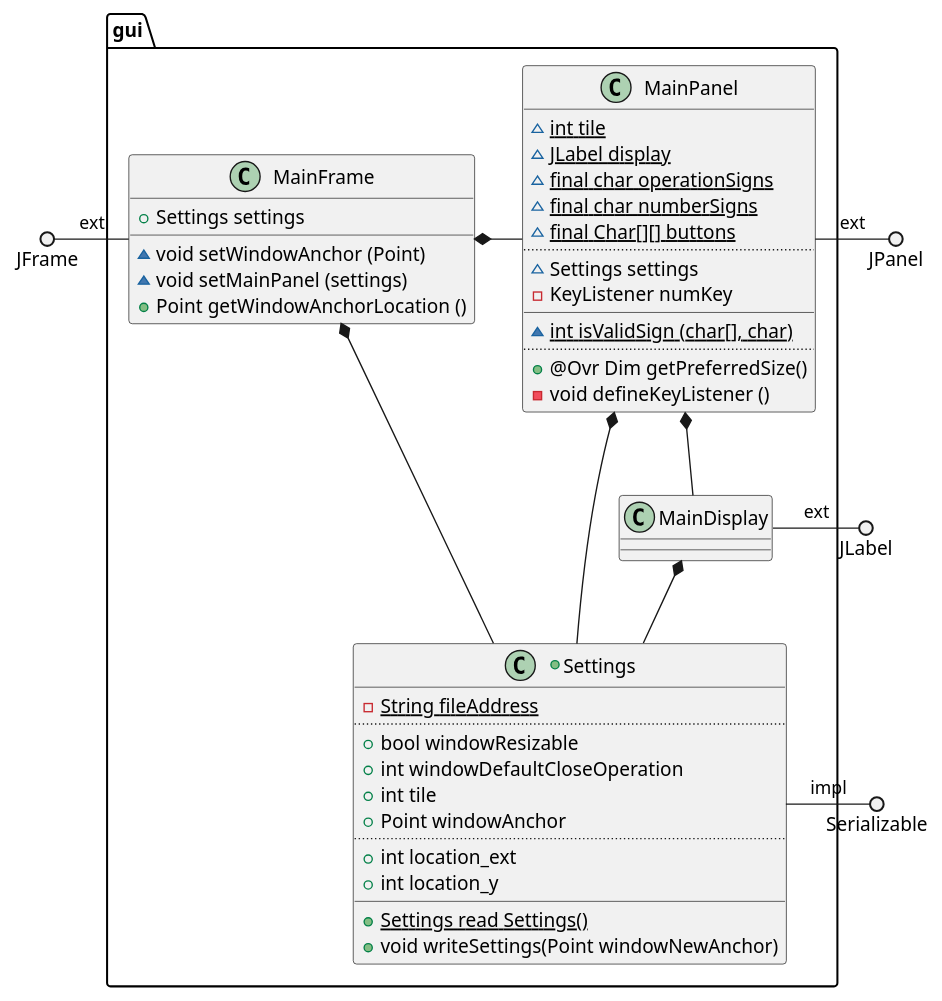
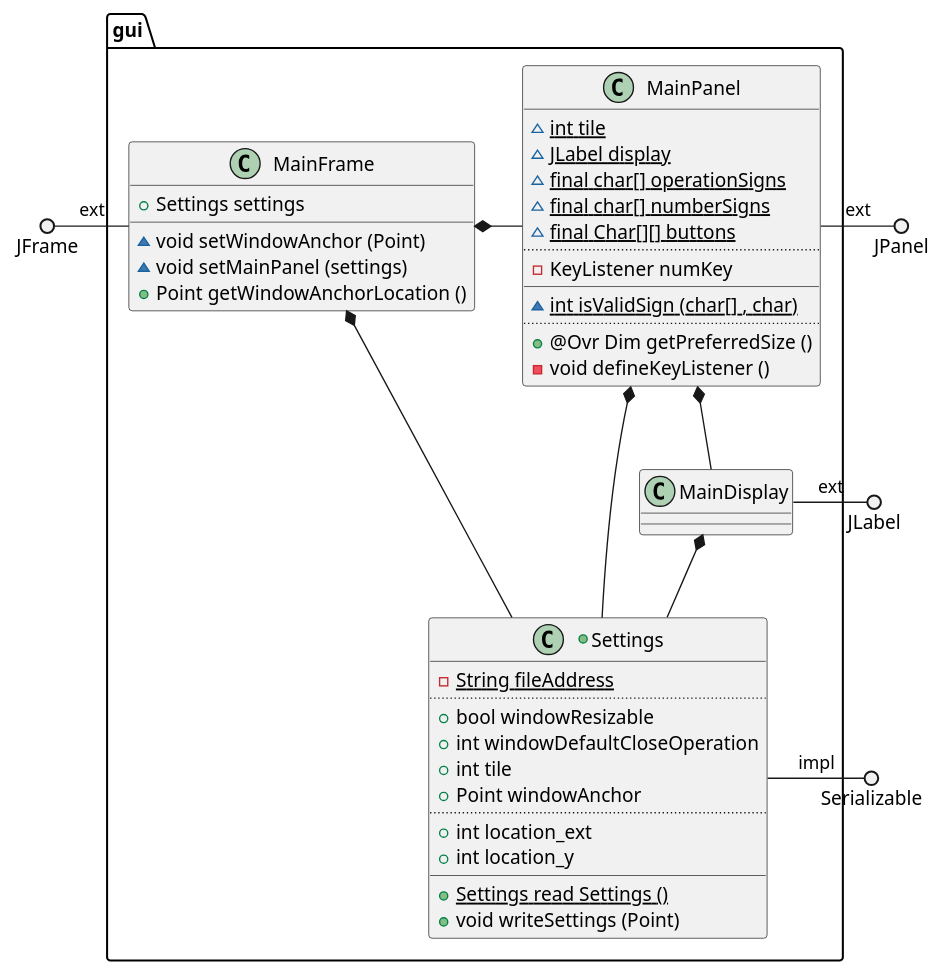
One commit to vitalispopoff/calculator changed the diagram in src/main/resources/package_gui_strcucture.puml. Above: the diagram before and after it, drawn with PlantUML. The commit also changed 23 other files, not shown here.

```diff
--- a/src/main/resources/package_gui_strcucture.puml
+++ b/src/main/resources/package_gui_strcucture.puml
@@ -1,58 +1,57 @@
 @startuml
 
 package gui{
 
     class MainFrame{
-            +{field}Settings settings
+            + {field} Settings settings
         __
-            ~{method} void setWindowAnchor (Point)
-            ~{method} void setMainPanel (settings)
-            +{method} Point getWindowAnchorLocation ()
+            ~ {method} void setWindowAnchor (Point)
+            ~ {method} void setMainPanel (settings)
+            + {method} Point getWindowAnchorLocation ()
     }
 
     class MainDisplay{
     }
 
     class MainPanel{
-            ~{field} {static} int tile
-            ~{field} {static} JLabel display
-            ~{field} {static} final char operationSigns
-            ~{field} {static} final char numberSigns
-            ~{field} {static} final Char[][] buttons
+            ~ {field} {static} int tile
+            ~ {field} {static} JLabel display
+            ~ {field} {static} final char[] operationSigns
+            ~ {field} {static} final char[] numberSigns
+            ~ {field} {static} final Char[][] buttons
         ..
-            ~{field}Settings settings
-            -{field}KeyListener numKey
+            - {field}KeyListener numKey
         __
-            ~{method} {static} int isValidSign (char[], char)
+            ~ {method} {static} int isValidSign (char[] , char)
         ..
-            +{method} @Ovr Dim getPreferredSize()
-            -{method} void defineKeyListener ()
+            + {method} @Ovr Dim getPreferredSize ()
+            - {method} void defineKeyListener ()
     }
 
     +class Settings{
-            -{field}{static} String fileAddress
+            - {field} {static} String fileAddress
         ..
-            +{field} bool windowResizable
-            +{field}int windowDefaultCloseOperation
-            +{field}int tile
-            +{field}Point windowAnchor
+            + {field} bool windowResizable
+            + {field} int windowDefaultCloseOperation
+            + {field} int tile
+            + {field} Point windowAnchor
         ..
-            +{field}int location_ext
-            +{field}int location_y
+            + {field} int location_ext
+            + {field} int location_y
         __
-            +{method}{static}Settings read Settings()
-            +{method}void writeSettings(Point windowNewAnchor)
+            + {method} {static} Settings read Settings ()
+            + {method} void writeSettings (Point)
     }
 }
 
-    JFrame          ()-    MainFrame : ext
-    JLabel          ()-   MainDisplay : ext
-    JPanel          ()-    MainPanel : ext
-    Serializable    ()-    Settings : impl
-    MainFrame       *-     MainPanel
+    JFrame          ()-     MainFrame       : ext
+    JLabel          ()-     MainDisplay     : ext
+    JPanel          ()-     MainPanel       : ext
+    Serializable    ()-     Settings        : impl
+    MainFrame       *-      MainPanel
     MainFrame       *--     Settings
     MainPanel       *--     MainDisplay
-    MainPanel       *-     Settings
+    MainPanel       *-      Settings
     MainDisplay     *--     Settings
 
 @enduml
```
